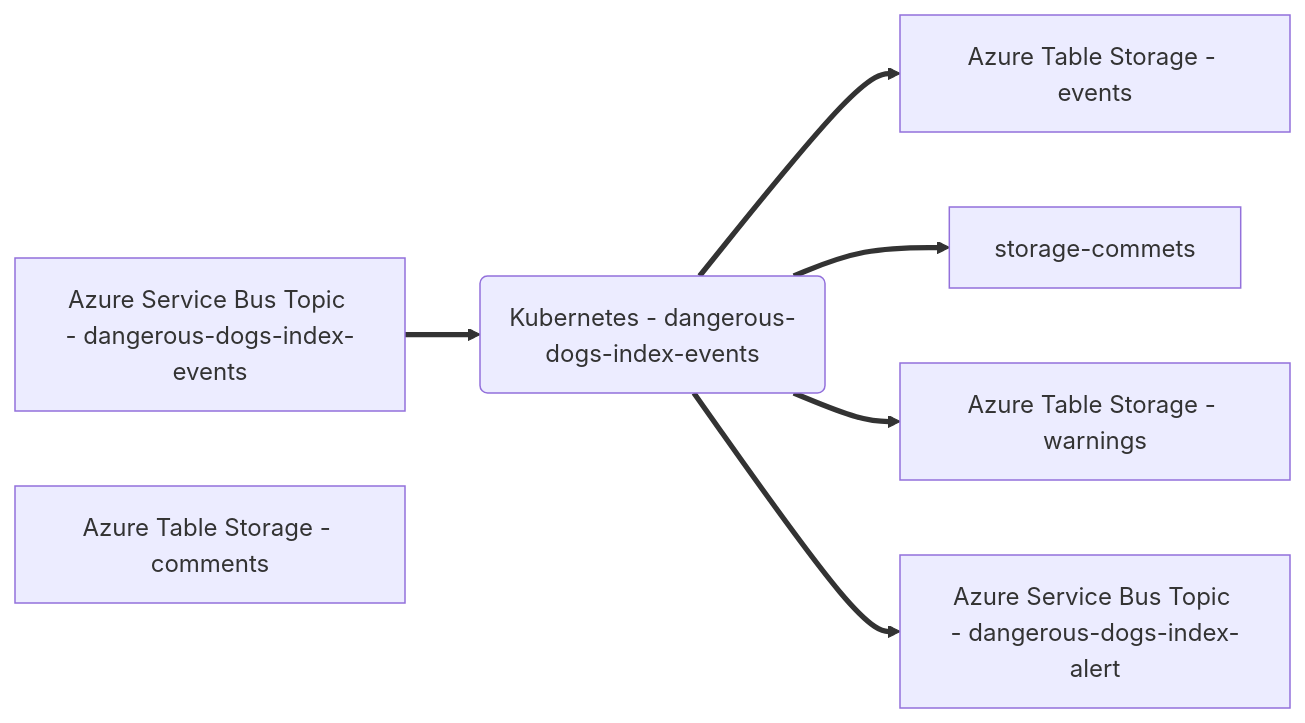
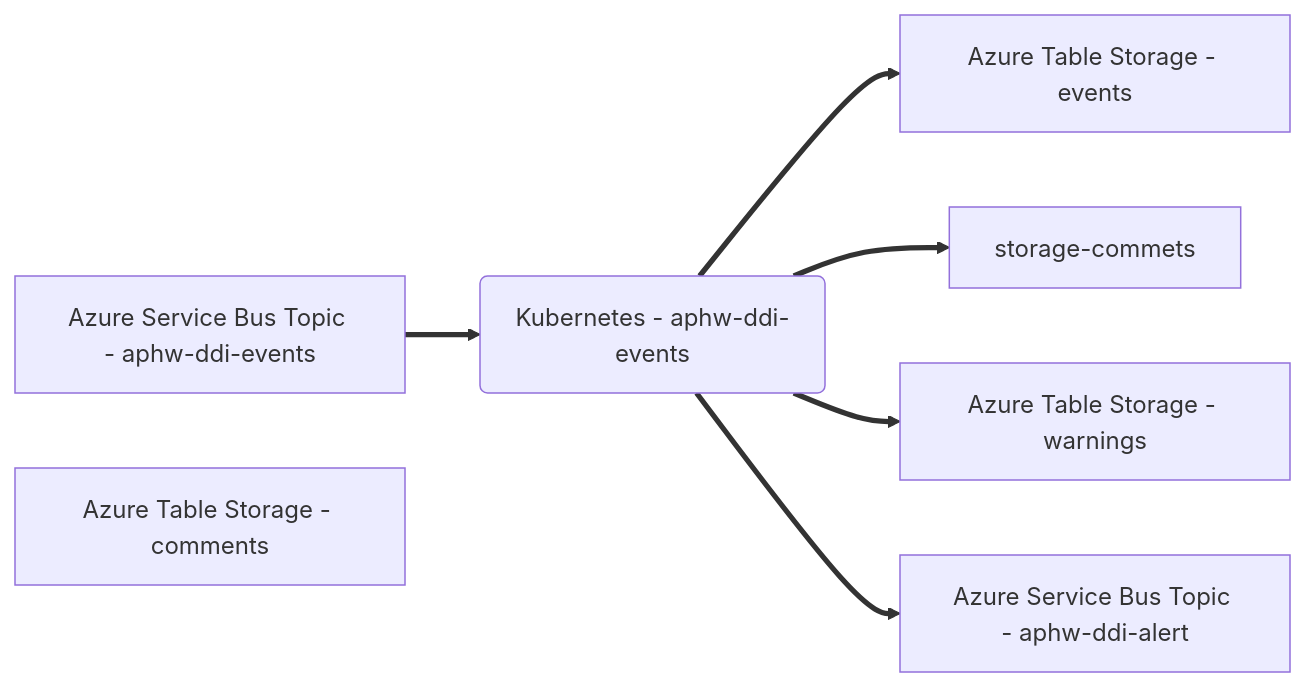
Before and after one commit to DEFRA/aphw-ddi-events: the diagram in README.md, drawn with Mermaid. The commit also changed other lines of this file and 24 other files, not shown here.

First line of the commit message:
Rename DDA to aphw-ddi (#1)

````diff
--- a/README.md
+++ b/README.md
@@ -5,14 +5,14 @@
 ```mermaid
 flowchart LR
-dangerous-dogs-index-events(Kubernetes - dangerous-dogs-index-events)
-topic-events[Azure Service Bus Topic - dangerous-dogs-index-events]
-topic-alert[Azure Service Bus Topic - dangerous-dogs-index-alert]
+aphw-ddi-events(Kubernetes - aphw-ddi-events)
+topic-events[Azure Service Bus Topic - aphw-ddi-events]
+topic-alert[Azure Service Bus Topic - aphw-ddi-alert]
 storage-events[Azure Table Storage - events]
 storage-bcomments[Azure Table Storage - comments]
 storage-warnings[Azure Table Storage - warnings]
-topic-events ==> dangerous-dogs-index-events
-dangerous-dogs-index-events ==> storage-events
-dangerous-dogs-index-events ==> storage-commets
-dangerous-dogs-index-events ==> storage-warnings
-dangerous-dogs-index-events ==> topic-alert
+topic-events ==> aphw-ddi-events
+aphw-ddi-events ==> storage-events
+aphw-ddi-events ==> storage-commets
+aphw-ddi-events ==> storage-warnings
+aphw-ddi-events ==> topic-alert
 ```
````
